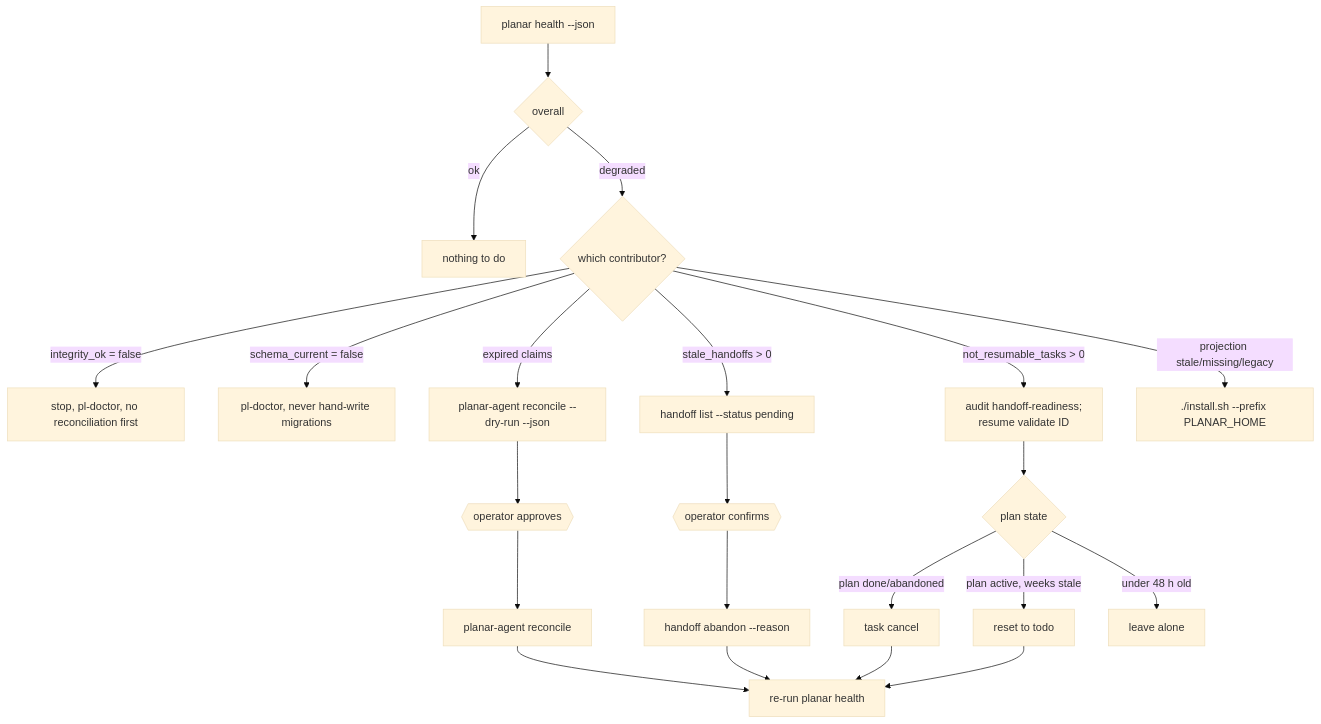
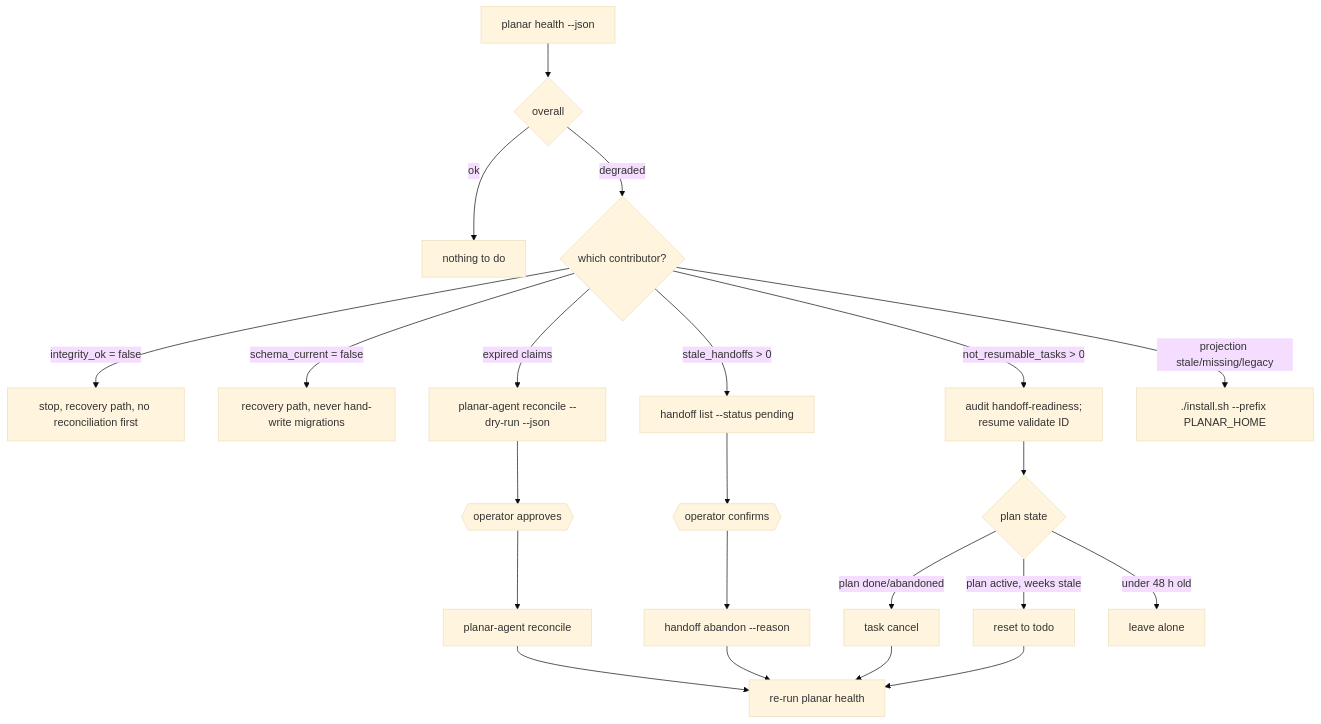
One commit to rdrsss/planar changed diagram 27 of 30 in docs/lifecycles.md. Above: the diagram before and after it, drawn with Mermaid (base theme). The commit also changed other lines of this file and 6 other files, not shown here.

````diff
--- a/docs/lifecycles.md
+++ b/docs/lifecycles.md
@@ -847,16 +847,16 @@
 ```mermaid
 flowchart TD
     H[planar health --json] --> O{overall}
     O -->|ok| DONE[nothing to do]
     O -->|degraded| C{which contributor?}
-    C -->|integrity_ok = false| STOP[stop, pl-doctor, no reconciliation first]
-    C -->|schema_current = false| DOC[pl-doctor, never hand-write migrations]
+    C -->|integrity_ok = false| STOP[stop, recovery path, no reconciliation first]
+    C -->|schema_current = false| DOC[recovery path, never hand-write migrations]
     C -->|expired claims| R1[planar-agent reconcile --dry-run --json] --> R2{{operator approves}} --> R3[planar-agent reconcile]
     C -->|stale_handoffs > 0| H1[handoff list --status pending] --> H2{{operator confirms}} --> H3[handoff abandon --reason]
     C -->|not_resumable_tasks > 0| T1[audit handoff-readiness;<br/>resume validate ID] --> T2{plan state}
     T2 -->|plan done/abandoned| T3[task cancel]
     T2 -->|plan active, weeks stale| T4[reset to todo]
     T2 -->|under 48 h old| T5[leave alone]
     C -->|projection stale/missing/legacy| RI[./install.sh --prefix PLANAR_HOME]
     R3 & H3 & T3 & T4 --> RE[re-run planar health]
 ```
````
